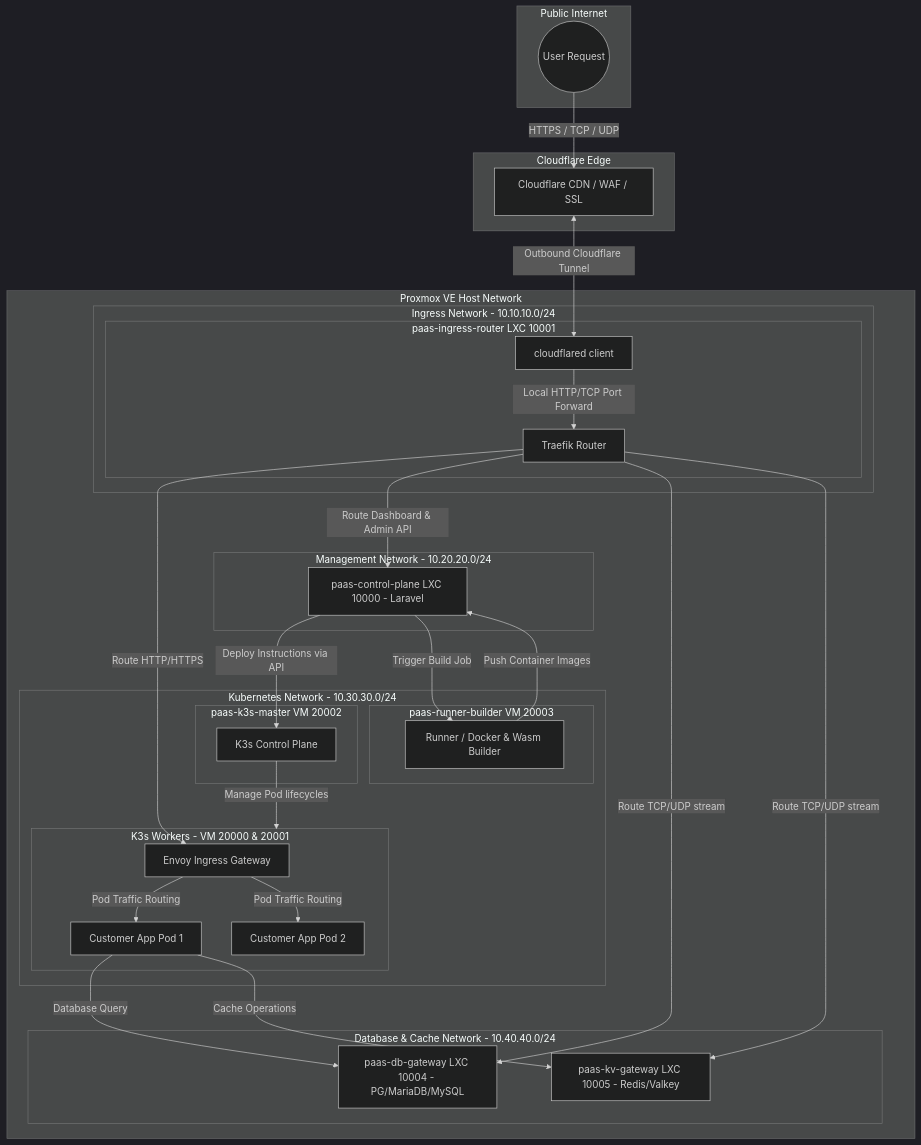
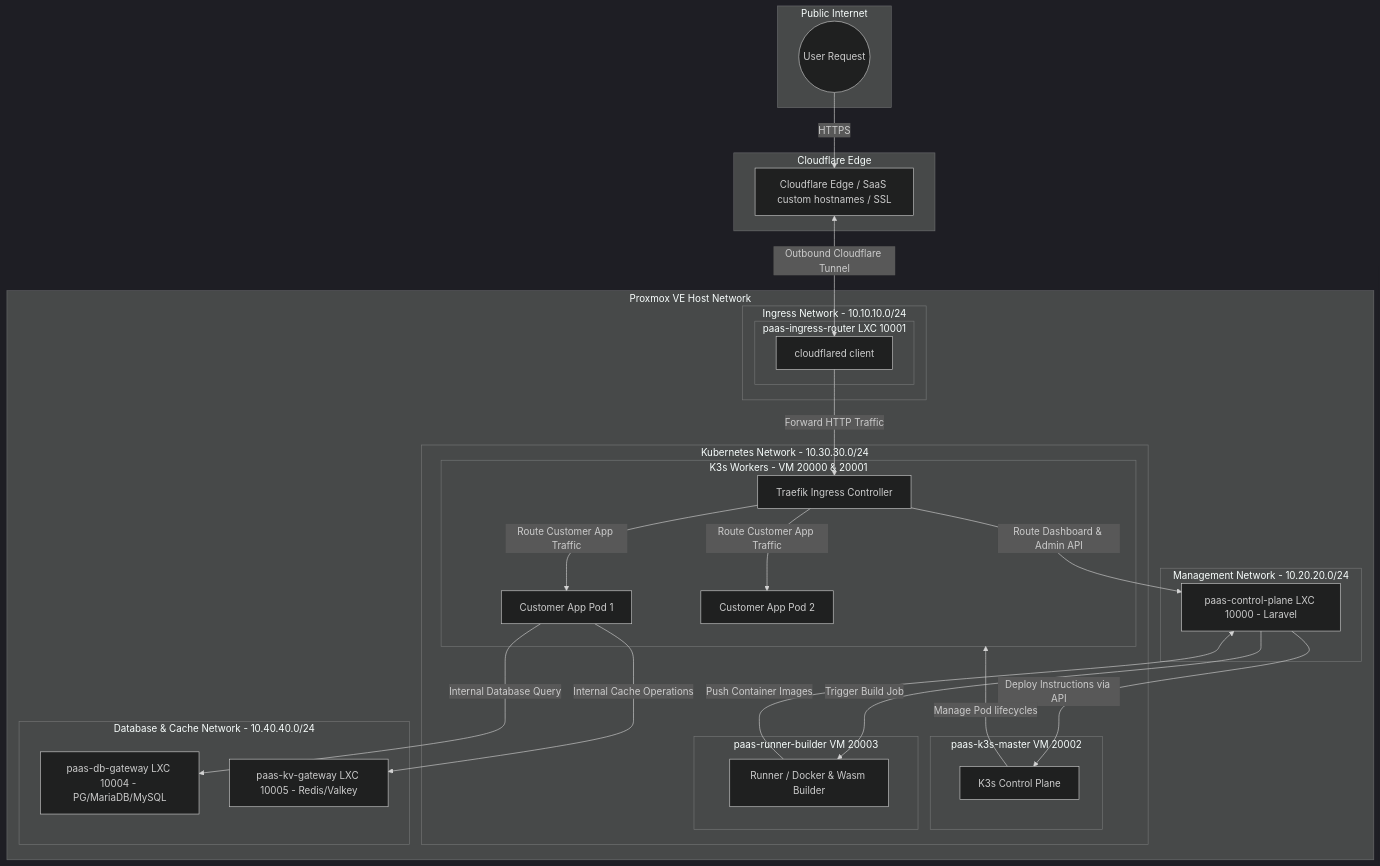
Before and after one commit to dyzulk/dyzulk-cloud: the first of 2 diagrams in network_k8s_architecture.md, drawn with Mermaid (dark theme). The commit also changed other lines of this file, not shown here.

Commit message:
docs: update network architecture to single-proxy with cloudflare for saas

````diff
--- a/network_k8s_architecture.md
+++ b/network_k8s_architecture.md
@@ -62,67 +63,61 @@
 ```mermaid
 graph TD
     subgraph Public_Internet [Public Internet]
         User((User Request))
     end
 
     subgraph Cloudflare_Network [Cloudflare Edge]
-        CF_Edge[Cloudflare CDN / WAF / SSL]
+        CF_Edge[Cloudflare Edge / SaaS custom hostnames / SSL]
     end
 
     subgraph Proxmox_Cluster [Proxmox VE Host Network]
         
         subgraph Ingress_Subnet [Ingress Network - 10.10.10.0/24]
             subgraph Ingress_LXC [paas-ingress-router LXC 10001]
                 CFTunnel[cloudflared client]
-                EdgeProxy[Traefik Router]
             end
         end
 
         subgraph K3s_Subnet [Kubernetes Network - 10.30.30.0/24]
             subgraph Master_VM [paas-k3s-master VM 20002]
                 K3s_API[K3s Control Plane]
             end
             subgraph Builder_VM [paas-runner-builder VM 20003]
                 Builder[Runner / Docker & Wasm Builder]
             end
             subgraph Worker_VMs [K3s Workers - VM 20000 & 20001]
-                Envoy[Envoy Ingress Gateway]
+                Traefik[Traefik Ingress Controller]
                 Customer_Pod_1[Customer App Pod 1]
                 Customer_Pod_2[Customer App Pod 2]
             end
         end
 
         subgraph Management_Subnet [Management Network - 10.20.20.0/24]
             ControlPlane[paas-control-plane LXC 10000 - Laravel]
         end
 
         subgraph Storage_Subnet [Database & Cache Network - 10.40.40.0/24]
             DB_Node[paas-db-gateway LXC 10004 - PG/MariaDB/MySQL]
             KV_Node[paas-kv-gateway LXC 10005 - Redis/Valkey]
         end
 
     end
 
     %% Traffic Routing Paths
-    User -->|HTTPS / TCP / UDP| CF_Edge
+    User -->|HTTPS| CF_Edge
     CF_Edge <-->|Outbound Cloudflare Tunnel| CFTunnel
-    CFTunnel -->|Local HTTP/TCP Port Forward| EdgeProxy
+    CFTunnel -->|Forward HTTP Traffic| Traefik
     
-    %% Dynamic Web Routing
-    EdgeProxy -->|Route HTTP/HTTPS| Envoy
-    Envoy -->|Pod Traffic Routing| Customer_Pod_1
-    Envoy -->|Pod Traffic Routing| Customer_Pod_2
-    EdgeProxy -->|Route Dashboard & Admin API| ControlPlane
-
-    %% Dynamic TCP/UDP Stream Routing (e.g. databases, custom protocols)
-    EdgeProxy -->|Route TCP/UDP stream| DB_Node
-    EdgeProxy -->|Route TCP/UDP stream| KV_Node
+    %% Dynamic Routing inside K3s
+    Traefik -->|Route Customer App Traffic| Customer_Pod_1
+    Traefik -->|Route Customer App Traffic| Customer_Pod_2
+    Traefik -->|Route Dashboard & Admin API| ControlPlane
 
     %% Control Plane Operations
     ControlPlane -->|Deploy Instructions via API| K3s_API
     ControlPlane -->|Trigger Build Job| Builder
     Builder -->|Push Container Images| ControlPlane
     K3s_API -->|Manage Pod lifecycles| Worker_VMs
-    Customer_Pod_1 -->|Database Query| DB_Node
-    Customer_Pod_1 -->|Cache Operations| KV_Node
+    Customer_Pod_1 -->|Internal Database Query| DB_Node
+    Customer_Pod_1 -->|Internal Cache Operations| KV_Node
 ```
````
